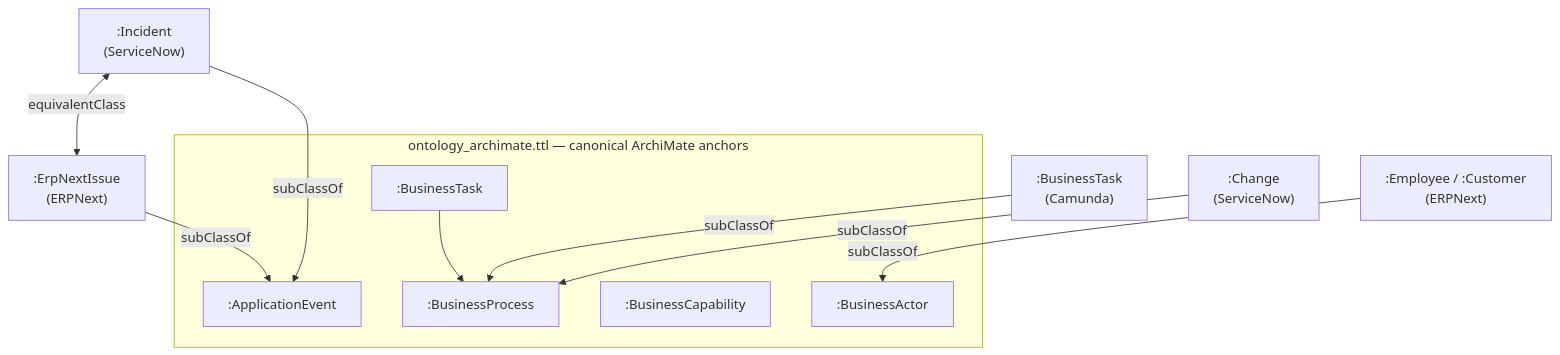
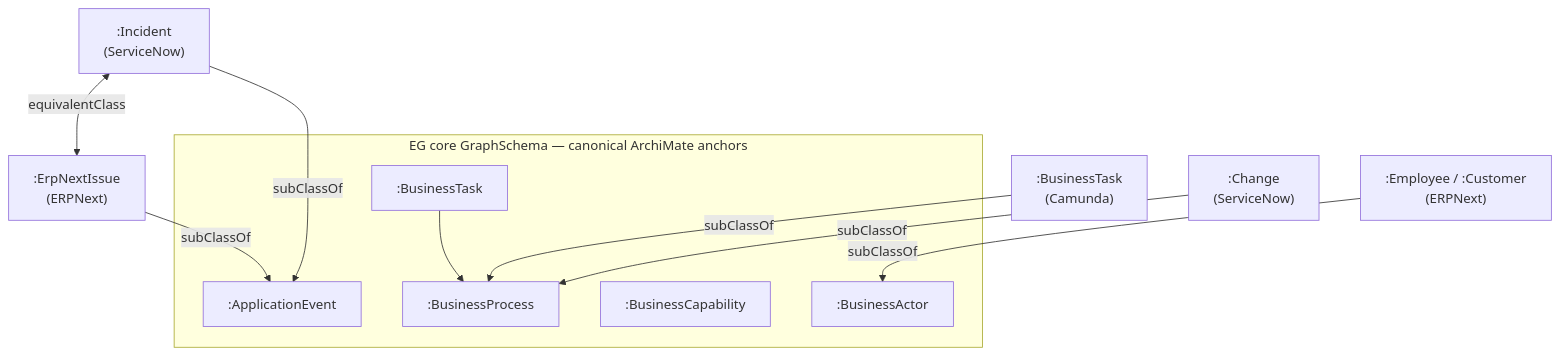
The second of 4 diagrams in docs/architecture/vendor_neutral_enterprise_ontology.md (Knuckles-Team/agent-utilities), drawn with Mermaid before and after one commit. The commit also changed other lines of this file and 224 other files, not shown here.

First line of the commit message:
refactor: move semantic authority to epistemic graph

````diff
--- a/docs/architecture/vendor_neutral_enterprise_ontology.md
+++ b/docs/architecture/vendor_neutral_enterprise_ontology.md
@@ -148,18 +148,18 @@
 ```mermaid
 graph TD
-    subgraph Canonical["ontology_archimate.ttl — canonical ArchiMate anchors"]
+    subgraph Canonical["EG core GraphSchema — canonical ArchiMate anchors"]
         AE[":ApplicationEvent"]
         BP[":BusinessProcess"]
         BT[":BusinessTask"]
         BC[":BusinessCapability"]
         BA[":BusinessActor"]
     end
 
     SNI[":Incident<br/>(ServiceNow)"] -->|subClassOf| AE
     ERI[":ErpNextIssue<br/>(ERPNext)"] -->|subClassOf| AE
     SNI <-->|equivalentClass| ERI
     SNC[":Change<br/>(ServiceNow)"] -->|subClassOf| BP
     CBT[":BusinessTask<br/>(Camunda)"] -->|subClassOf| BP
     EMP[":Employee / :Customer<br/>(ERPNext)"] -->|subClassOf| BA
     BT --> BP
 ```
````
